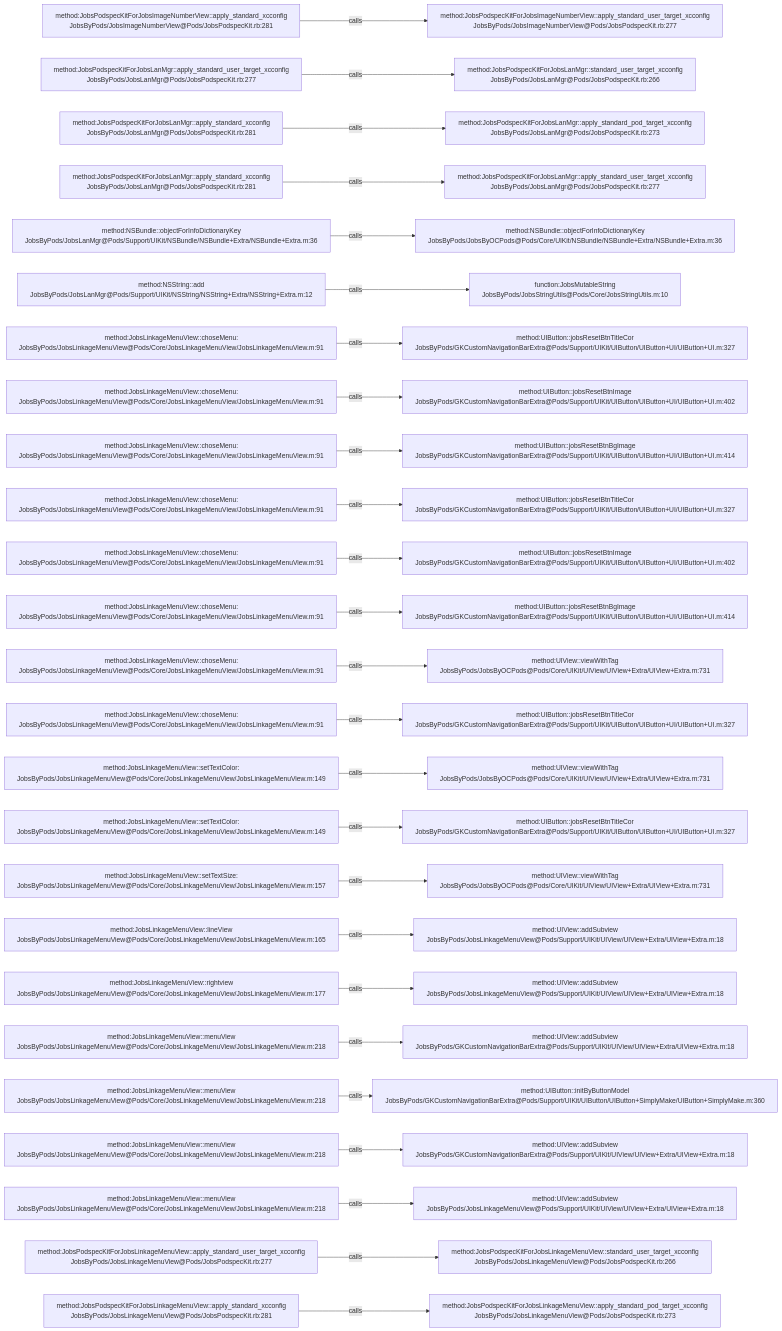
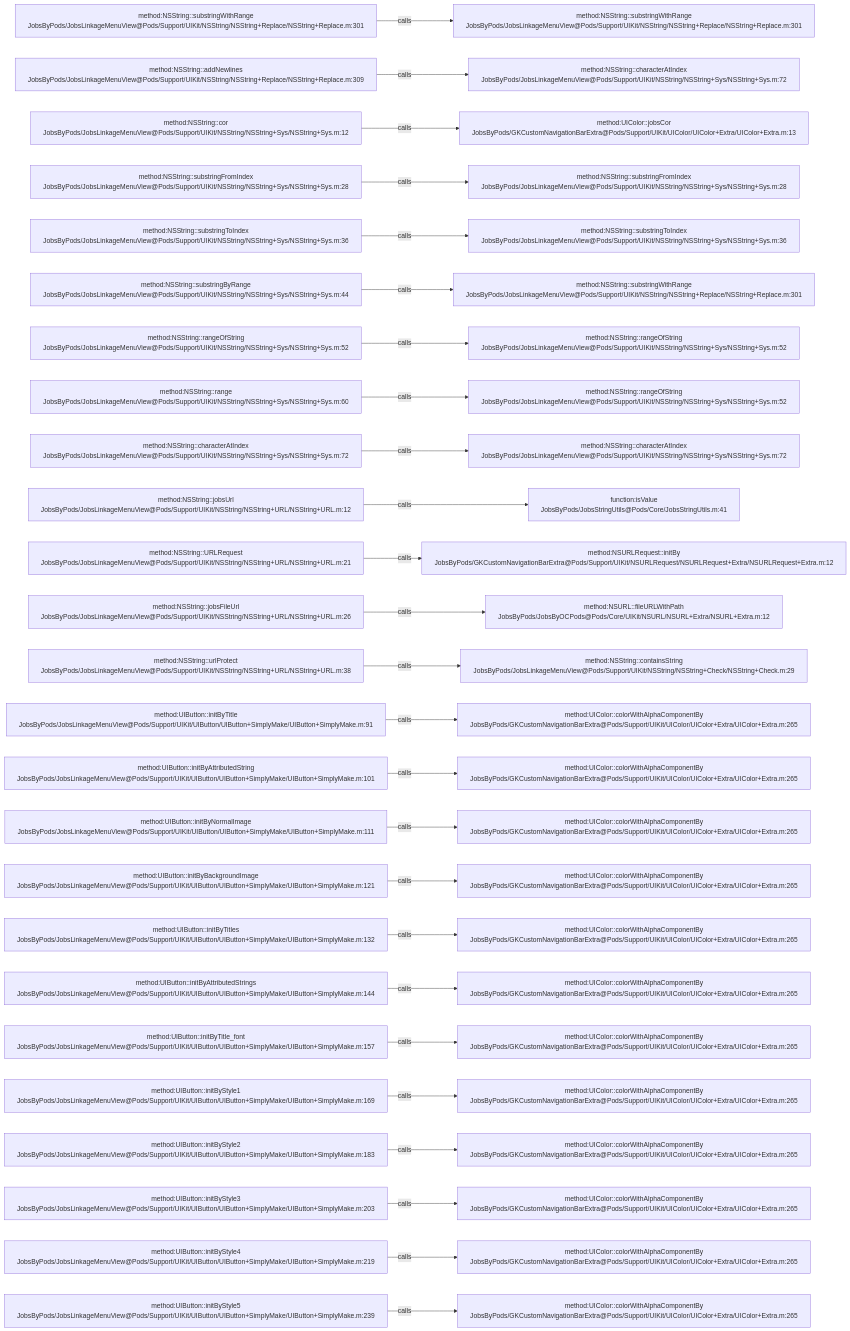
Before and after one commit to JobsKits/JobsOCBaseConfigDemo: the diagram in .codegraph/codegraph.md/graphs/calls-101.md, drawn with Mermaid. The commit also changed 639 other files, not shown here.

````diff
--- a/.codegraph/codegraph.md/graphs/calls-101.md
+++ b/.codegraph/codegraph.md/graphs/calls-101.md
@@ -13,78 +13,78 @@
 ```mermaid
 flowchart LR
-  S1["method:JobsPodspecKitForJobsImageNumberView::apply_standard_xcconfig<br/>JobsByPods/JobsImageNumberView@Pods/JobsPodspecKit.rb:281"]
-  T1["method:JobsPodspecKitForJobsImageNumberView::apply_standard_user_target_xcconfig<br/>JobsByPods/JobsImageNumberView@Pods/JobsPodspecKit.rb:277"]
+  S1["method:NSString::substringWithRange<br/>JobsByPods/JobsLinkageMenuView@Pods/Support/UIKit/NSString/NSString+Replace/NSString+Replace.m:301"]
+  T1["method:NSString::substringWithRange<br/>JobsByPods/JobsLinkageMenuView@Pods/Support/UIKit/NSString/NSString+Replace/NSString+Replace.m:301"]
   S1 -->|calls| T1
-  S2["method:JobsPodspecKitForJobsLanMgr::apply_standard_user_target_xcconfig<br/>JobsByPods/JobsLanMgr@Pods/JobsPodspecKit.rb:277"]
-  T2["method:JobsPodspecKitForJobsLanMgr::standard_user_target_xcconfig<br/>JobsByPods/JobsLanMgr@Pods/JobsPodspecKit.rb:266"]
+  S2["method:NSString::addNewlines<br/>JobsByPods/JobsLinkageMenuView@Pods/Support/UIKit/NSString/NSString+Replace/NSString+Replace.m:309"]
+  T2["method:NSString::characterAtIndex<br/>JobsByPods/JobsLinkageMenuView@Pods/Support/UIKit/NSString/NSString+Sys/NSString+Sys.m:72"]
   S2 -->|calls| T2
-  S3["method:JobsPodspecKitForJobsLanMgr::apply_standard_xcconfig<br/>JobsByPods/JobsLanMgr@Pods/JobsPodspecKit.rb:281"]
-  T3["method:JobsPodspecKitForJobsLanMgr::apply_standard_pod_target_xcconfig<br/>JobsByPods/JobsLanMgr@Pods/JobsPodspecKit.rb:273"]
+  S3["method:NSString::cor<br/>JobsByPods/JobsLinkageMenuView@Pods/Support/UIKit/NSString/NSString+Sys/NSString+Sys.m:12"]
+  T3["method:UIColor::jobsCor<br/>JobsByPods/GKCustomNavigationBarExtra@Pods/Support/UIKit/UIColor/UIColor+Extra/UIColor+Extra.m:13"]
   S3 -->|calls| T3
-  S4["method:JobsPodspecKitForJobsLanMgr::apply_standard_xcconfig<br/>JobsByPods/JobsLanMgr@Pods/JobsPodspecKit.rb:281"]
-  T4["method:JobsPodspecKitForJobsLanMgr::apply_standard_user_target_xcconfig<br/>JobsByPods/JobsLanMgr@Pods/JobsPodspecKit.rb:277"]
+  S4["method:NSString::substringFromIndex<br/>JobsByPods/JobsLinkageMenuView@Pods/Support/UIKit/NSString/NSString+Sys/NSString+Sys.m:28"]
+  T4["method:NSString::substringFromIndex<br/>JobsByPods/JobsLinkageMenuView@Pods/Support/UIKit/NSString/NSString+Sys/NSString+Sys.m:28"]
   S4 -->|calls| T4
-  S5["method:NSBundle::objectForInfoDictionaryKey<br/>JobsByPods/JobsLanMgr@Pods/Support/UIKit/NSBundle/NSBundle+Extra/NSBundle+Extra.m:36"]
-  T5["method:NSBundle::objectForInfoDictionaryKey<br/>JobsByPods/JobsByOCPods@Pods/Core/UIKit/NSBundle/NSBundle+Extra/NSBundle+Extra.m:36"]
+  S5["method:NSString::substringToIndex<br/>JobsByPods/JobsLinkageMenuView@Pods/Support/UIKit/NSString/NSString+Sys/NSString+Sys.m:36"]
+  T5["method:NSString::substringToIndex<br/>JobsByPods/JobsLinkageMenuView@Pods/Support/UIKit/NSString/NSString+Sys/NSString+Sys.m:36"]
   S5 -->|calls| T5
-  S6["method:NSString::add<br/>JobsByPods/JobsLanMgr@Pods/Support/UIKit/NSString/NSString+Extra/NSString+Extra.m:12"]
-  T6["function:JobsMutableString<br/>JobsByPods/JobsStringUtils@Pods/Core/JobsStringUtils.m:10"]
+  S6["method:NSString::substringByRange<br/>JobsByPods/JobsLinkageMenuView@Pods/Support/UIKit/NSString/NSString+Sys/NSString+Sys.m:44"]
+  T6["method:NSString::substringWithRange<br/>JobsByPods/JobsLinkageMenuView@Pods/Support/UIKit/NSString/NSString+Replace/NSString+Replace.m:301"]
   S6 -->|calls| T6
-  S7["method:JobsLinkageMenuView::choseMenu:<br/>JobsByPods/JobsLinkageMenuView@Pods/Core/JobsLinkageMenuView/JobsLinkageMenuView.m:91"]
-  T7["method:UIButton::jobsResetBtnTitleCor<br/>JobsByPods/GKCustomNavigationBarExtra@Pods/Support/UIKit/UIButton/UIButton+UI/UIButton+UI.m:327"]
+  S7["method:NSString::rangeOfString<br/>JobsByPods/JobsLinkageMenuView@Pods/Support/UIKit/NSString/NSString+Sys/NSString+Sys.m:52"]
+  T7["method:NSString::rangeOfString<br/>JobsByPods/JobsLinkageMenuView@Pods/Support/UIKit/NSString/NSString+Sys/NSString+Sys.m:52"]
   S7 -->|calls| T7
-  S8["method:JobsLinkageMenuView::choseMenu:<br/>JobsByPods/JobsLinkageMenuView@Pods/Core/JobsLinkageMenuView/JobsLinkageMenuView.m:91"]
-  T8["method:UIButton::jobsResetBtnImage<br/>JobsByPods/GKCustomNavigationBarExtra@Pods/Support/UIKit/UIButton/UIButton+UI/UIButton+UI.m:402"]
+  S8["method:NSString::range<br/>JobsByPods/JobsLinkageMenuView@Pods/Support/UIKit/NSString/NSString+Sys/NSString+Sys.m:60"]
+  T8["method:NSString::rangeOfString<br/>JobsByPods/JobsLinkageMenuView@Pods/Support/UIKit/NSString/NSString+Sys/NSString+Sys.m:52"]
   S8 -->|calls| T8
-  S9["method:JobsLinkageMenuView::choseMenu:<br/>JobsByPods/JobsLinkageMenuView@Pods/Core/JobsLinkageMenuView/JobsLinkageMenuView.m:91"]
-  T9["method:UIButton::jobsResetBtnBgImage<br/>JobsByPods/GKCustomNavigationBarExtra@Pods/Support/UIKit/UIButton/UIButton+UI/UIButton+UI.m:414"]
+  S9["method:NSString::characterAtIndex<br/>JobsByPods/JobsLinkageMenuView@Pods/Support/UIKit/NSString/NSString+Sys/NSString+Sys.m:72"]
+  T9["method:NSString::characterAtIndex<br/>JobsByPods/JobsLinkageMenuView@Pods/Support/UIKit/NSString/NSString+Sys/NSString+Sys.m:72"]
   S9 -->|calls| T9
-  S10["method:JobsLinkageMenuView::choseMenu:<br/>JobsByPods/JobsLinkageMenuView@Pods/Core/JobsLinkageMenuView/JobsLinkageMenuView.m:91"]
-  T10["method:UIButton::jobsResetBtnTitleCor<br/>JobsByPods/GKCustomNavigationBarExtra@Pods/Support/UIKit/UIButton/UIButton+UI/UIButton+UI.m:327"]
+  S10["method:NSString::jobsUrl<br/>JobsByPods/JobsLinkageMenuView@Pods/Support/UIKit/NSString/NSString+URL/NSString+URL.m:12"]
+  T10["function:isValue<br/>JobsByPods/JobsStringUtils@Pods/Core/JobsStringUtils.m:41"]
   S10 -->|calls| T10
-  S11["method:JobsLinkageMenuView::choseMenu:<br/>JobsByPods/JobsLinkageMenuView@Pods/Core/JobsLinkageMenuView/JobsLinkageMenuView.m:91"]
-  T11["method:UIButton::jobsResetBtnImage<br/>JobsByPods/GKCustomNavigationBarExtra@Pods/Support/UIKit/UIButton/UIButton+UI/UIButton+UI.m:402"]
+  S11["method:NSString::URLRequest<br/>JobsByPods/JobsLinkageMenuView@Pods/Support/UIKit/NSString/NSString+URL/NSString+URL.m:21"]
+  T11["method:NSURLRequest::initBy<br/>JobsByPods/GKCustomNavigationBarExtra@Pods/Support/UIKit/NSURLRequest/NSURLRequest+Extra/NSURLRequest+Extra.m:12"]
   S11 -->|calls| T11
-  S12["method:JobsLinkageMenuView::choseMenu:<br/>JobsByPods/JobsLinkageMenuView@Pods/Core/JobsLinkageMenuView/JobsLinkageMenuView.m:91"]
-  T12["method:UIButton::jobsResetBtnBgImage<br/>JobsByPods/GKCustomNavigationBarExtra@Pods/Support/UIKit/UIButton/UIButton+UI/UIButton+UI.m:414"]
+  S12["method:NSString::jobsFileUrl<br/>JobsByPods/JobsLinkageMenuView@Pods/Support/UIKit/NSString/NSString+URL/NSString+URL.m:26"]
+  T12["method:NSURL::fileURLWithPath<br/>JobsByPods/JobsByOCPods@Pods/Core/UIKit/NSURL/NSURL+Extra/NSURL+Extra.m:12"]
   S12 -->|calls| T12
-  S13["method:JobsLinkageMenuView::choseMenu:<br/>JobsByPods/JobsLinkageMenuView@Pods/Core/JobsLinkageMenuView/JobsLinkageMenuView.m:91"]
-  T13["method:UIView::viewWithTag<br/>JobsByPods/JobsByOCPods@Pods/Core/UIKit/UIView/UIView+Extra/UIView+Extra.m:731"]
+  S13["method:NSString::urlProtect<br/>JobsByPods/JobsLinkageMenuView@Pods/Support/UIKit/NSString/NSString+URL/NSString+URL.m:38"]
+  T13["method:NSString::containsString<br/>JobsByPods/JobsLinkageMenuView@Pods/Support/UIKit/NSString/NSString+Check/NSString+Check.m:29"]
   S13 -->|calls| T13
-  S14["method:JobsLinkageMenuView::choseMenu:<br/>JobsByPods/JobsLinkageMenuView@Pods/Core/JobsLinkageMenuView/JobsLinkageMenuView.m:91"]
-  T14["method:UIButton::jobsResetBtnTitleCor<br/>JobsByPods/GKCustomNavigationBarExtra@Pods/Support/UIKit/UIButton/UIButton+UI/UIButton+UI.m:327"]
+  S14["method:UIButton::initByTitle<br/>JobsByPods/JobsLinkageMenuView@Pods/Support/UIKit/UIButton/UIButton+SimplyMake/UIButton+SimplyMake.m:91"]
+  T14["method:UIColor::colorWithAlphaComponentBy<br/>JobsByPods/GKCustomNavigationBarExtra@Pods/Support/UIKit/UIColor/UIColor+Extra/UIColor+Extra.m:265"]
   S14 -->|calls| T14
-  S15["method:JobsLinkageMenuView::setTextColor:<br/>JobsByPods/JobsLinkageMenuView@Pods/Core/JobsLinkageMenuView/JobsLinkageMenuView.m:149"]
-  T15["method:UIView::viewWithTag<br/>JobsByPods/JobsByOCPods@Pods/Core/UIKit/UIView/UIView+Extra/UIView+Extra.m:731"]
+  S15["method:UIButton::initByAttributedString<br/>JobsByPods/JobsLinkageMenuView@Pods/Support/UIKit/UIButton/UIButton+SimplyMake/UIButton+SimplyMake.m:101"]
+  T15["method:UIColor::colorWithAlphaComponentBy<br/>JobsByPods/GKCustomNavigationBarExtra@Pods/Support/UIKit/UIColor/UIColor+Extra/UIColor+Extra.m:265"]
   S15 -->|calls| T15
-  S16["method:JobsLinkageMenuView::setTextColor:<br/>JobsByPods/JobsLinkageMenuView@Pods/Core/JobsLinkageMenuView/JobsLinkageMenuView.m:149"]
-  T16["method:UIButton::jobsResetBtnTitleCor<br/>JobsByPods/GKCustomNavigationBarExtra@Pods/Support/UIKit/UIButton/UIButton+UI/UIButton+UI.m:327"]
+  S16["method:UIButton::initByNormalImage<br/>JobsByPods/JobsLinkageMenuView@Pods/Support/UIKit/UIButton/UIButton+SimplyMake/UIButton+SimplyMake.m:111"]
+  T16["method:UIColor::colorWithAlphaComponentBy<br/>JobsByPods/GKCustomNavigationBarExtra@Pods/Support/UIKit/UIColor/UIColor+Extra/UIColor+Extra.m:265"]
   S16 -->|calls| T16
-  S17["method:JobsLinkageMenuView::setTextSize:<br/>JobsByPods/JobsLinkageMenuView@Pods/Core/JobsLinkageMenuView/JobsLinkageMenuView.m:157"]
-  T17["method:UIView::viewWithTag<br/>JobsByPods/JobsByOCPods@Pods/Core/UIKit/UIView/UIView+Extra/UIView+Extra.m:731"]
+  S17["method:UIButton::initByBackgroundImage<br/>JobsByPods/JobsLinkageMenuView@Pods/Support/UIKit/UIButton/UIButton+SimplyMake/UIButton+SimplyMake.m:121"]
+  T17["method:UIColor::colorWithAlphaComponentBy<br/>JobsByPods/GKCustomNavigationBarExtra@Pods/Support/UIKit/UIColor/UIColor+Extra/UIColor+Extra.m:265"]
   S17 -->|calls| T17
-  S18["method:JobsLinkageMenuView::lineView<br/>JobsByPods/JobsLinkageMenuView@Pods/Core/JobsLinkageMenuView/JobsLinkageMenuView.m:165"]
-  T18["method:UIView::addSubview<br/>JobsByPods/JobsLinkageMenuView@Pods/Support/UIKit/UIView/UIView+Extra/UIView+Extra.m:18"]
+  S18["method:UIButton::initByTitles<br/>JobsByPods/JobsLinkageMenuView@Pods/Support/UIKit/UIButton/UIButton+SimplyMake/UIButton+SimplyMake.m:132"]
+  T18["method:UIColor::colorWithAlphaComponentBy<br/>JobsByPods/GKCustomNavigationBarExtra@Pods/Support/UIKit/UIColor/UIColor+Extra/UIColor+Extra.m:265"]
   S18 -->|calls| T18
-  S19["method:JobsLinkageMenuView::rightview<br/>JobsByPods/JobsLinkageMenuView@Pods/Core/JobsLinkageMenuView/JobsLinkageMenuView.m:177"]
-  T19["method:UIView::addSubview<br/>JobsByPods/JobsLinkageMenuView@Pods/Support/UIKit/UIView/UIView+Extra/UIView+Extra.m:18"]
+  S19["method:UIButton::initByAttributedStrings<br/>JobsByPods/JobsLinkageMenuView@Pods/Support/UIKit/UIButton/UIButton+SimplyMake/UIButton+SimplyMake.m:144"]
+  T19["method:UIColor::colorWithAlphaComponentBy<br/>JobsByPods/GKCustomNavigationBarExtra@Pods/Support/UIKit/UIColor/UIColor+Extra/UIColor+Extra.m:265"]
   S19 -->|calls| T19
-  S20["method:JobsLinkageMenuView::menuView<br/>JobsByPods/JobsLinkageMenuView@Pods/Core/JobsLinkageMenuView/JobsLinkageMenuView.m:218"]
-  T20["method:UIView::addSubview<br/>JobsByPods/GKCustomNavigationBarExtra@Pods/Support/UIKit/UIView/UIView+Extra/UIView+Extra.m:18"]
+  S20["method:UIButton::initByTitle_font<br/>JobsByPods/JobsLinkageMenuView@Pods/Support/UIKit/UIButton/UIButton+SimplyMake/UIButton+SimplyMake.m:157"]
+  T20["method:UIColor::colorWithAlphaComponentBy<br/>JobsByPods/GKCustomNavigationBarExtra@Pods/Support/UIKit/UIColor/UIColor+Extra/UIColor+Extra.m:265"]
   S20 -->|calls| T20
-  S21["method:JobsLinkageMenuView::menuView<br/>JobsByPods/JobsLinkageMenuView@Pods/Core/JobsLinkageMenuView/JobsLinkageMenuView.m:218"]
-  T21["method:UIButton::initByButtonModel<br/>JobsByPods/GKCustomNavigationBarExtra@Pods/Support/UIKit/UIButton/UIButton+SimplyMake/UIButton+SimplyMake.m:360"]
+  S21["method:UIButton::initByStyle1<br/>JobsByPods/JobsLinkageMenuView@Pods/Support/UIKit/UIButton/UIButton+SimplyMake/UIButton+SimplyMake.m:169"]
+  T21["method:UIColor::colorWithAlphaComponentBy<br/>JobsByPods/GKCustomNavigationBarExtra@Pods/Support/UIKit/UIColor/UIColor+Extra/UIColor+Extra.m:265"]
   S21 -->|calls| T21
-  S22["method:JobsLinkageMenuView::menuView<br/>JobsByPods/JobsLinkageMenuView@Pods/Core/JobsLinkageMenuView/JobsLinkageMenuView.m:218"]
-  T22["method:UIView::addSubview<br/>JobsByPods/GKCustomNavigationBarExtra@Pods/Support/UIKit/UIView/UIView+Extra/UIView+Extra.m:18"]
+  S22["method:UIButton::initByStyle2<br/>JobsByPods/JobsLinkageMenuView@Pods/Support/UIKit/UIButton/UIButton+SimplyMake/UIButton+SimplyMake.m:183"]
+  T22["method:UIColor::colorWithAlphaComponentBy<br/>JobsByPods/GKCustomNavigationBarExtra@Pods/Support/UIKit/UIColor/UIColor+Extra/UIColor+Extra.m:265"]
   S22 -->|calls| T22
-  S23["method:JobsLinkageMenuView::menuView<br/>JobsByPods/JobsLinkageMenuView@Pods/Core/JobsLinkageMenuView/JobsLinkageMenuView.m:218"]
-  T23["method:UIView::addSubview<br/>JobsByPods/JobsLinkageMenuView@Pods/Support/UIKit/UIView/UIView+Extra/UIView+Extra.m:18"]
+  S23["method:UIButton::initByStyle3<br/>JobsByPods/JobsLinkageMenuView@Pods/Support/UIKit/UIButton/UIButton+SimplyMake/UIButton+SimplyMake.m:203"]
+  T23["method:UIColor::colorWithAlphaComponentBy<br/>JobsByPods/GKCustomNavigationBarExtra@Pods/Support/UIKit/UIColor/UIColor+Extra/UIColor+Extra.m:265"]
   S23 -->|calls| T23
-  S24["method:JobsPodspecKitForJobsLinkageMenuView::apply_standard_user_target_xcconfig<br/>JobsByPods/JobsLinkageMenuView@Pods/JobsPodspecKit.rb:277"]
-  T24["method:JobsPodspecKitForJobsLinkageMenuView::standard_user_target_xcconfig<br/>JobsByPods/JobsLinkageMenuView@Pods/JobsPodspecKit.rb:266"]
+  S24["method:UIButton::initByStyle4<br/>JobsByPods/JobsLinkageMenuView@Pods/Support/UIKit/UIButton/UIButton+SimplyMake/UIButton+SimplyMake.m:219"]
+  T24["method:UIColor::colorWithAlphaComponentBy<br/>JobsByPods/GKCustomNavigationBarExtra@Pods/Support/UIKit/UIColor/UIColor+Extra/UIColor+Extra.m:265"]
   S24 -->|calls| T24
-  S25["method:JobsPodspecKitForJobsLinkageMenuView::apply_standard_xcconfig<br/>JobsByPods/JobsLinkageMenuView@Pods/JobsPodspecKit.rb:281"]
-  T25["method:JobsPodspecKitForJobsLinkageMenuView::apply_standard_pod_target_xcconfig<br/>JobsByPods/JobsLinkageMenuView@Pods/JobsPodspecKit.rb:273"]
+  S25["method:UIButton::initByStyle5<br/>JobsByPods/JobsLinkageMenuView@Pods/Support/UIKit/UIButton/UIButton+SimplyMake/UIButton+SimplyMake.m:239"]
+  T25["method:UIColor::colorWithAlphaComponentBy<br/>JobsByPods/GKCustomNavigationBarExtra@Pods/Support/UIKit/UIColor/UIColor+Extra/UIColor+Extra.m:265"]
   S25 -->|calls| T25
 ```
````
